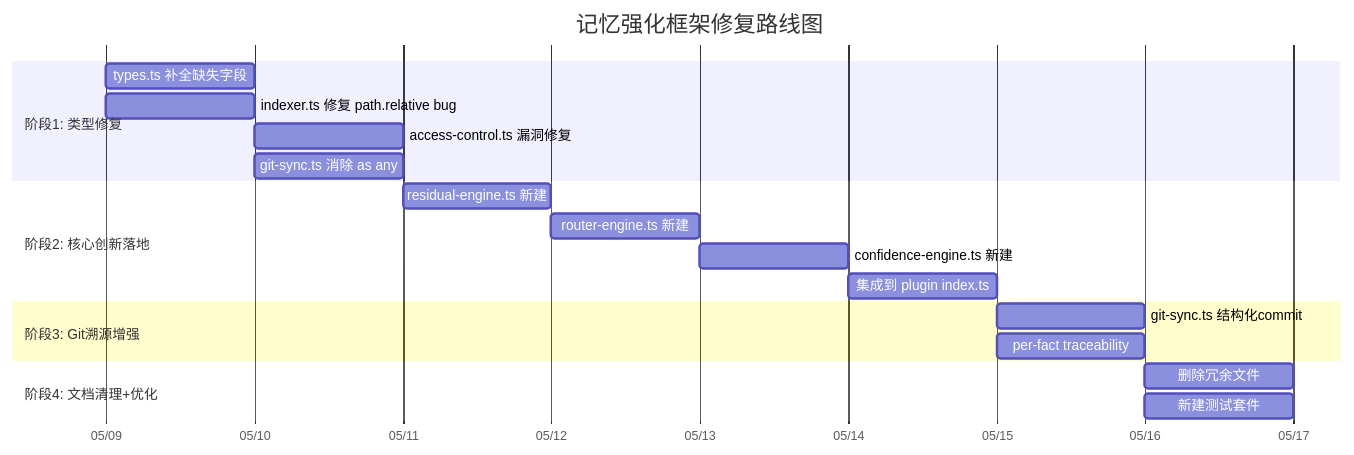
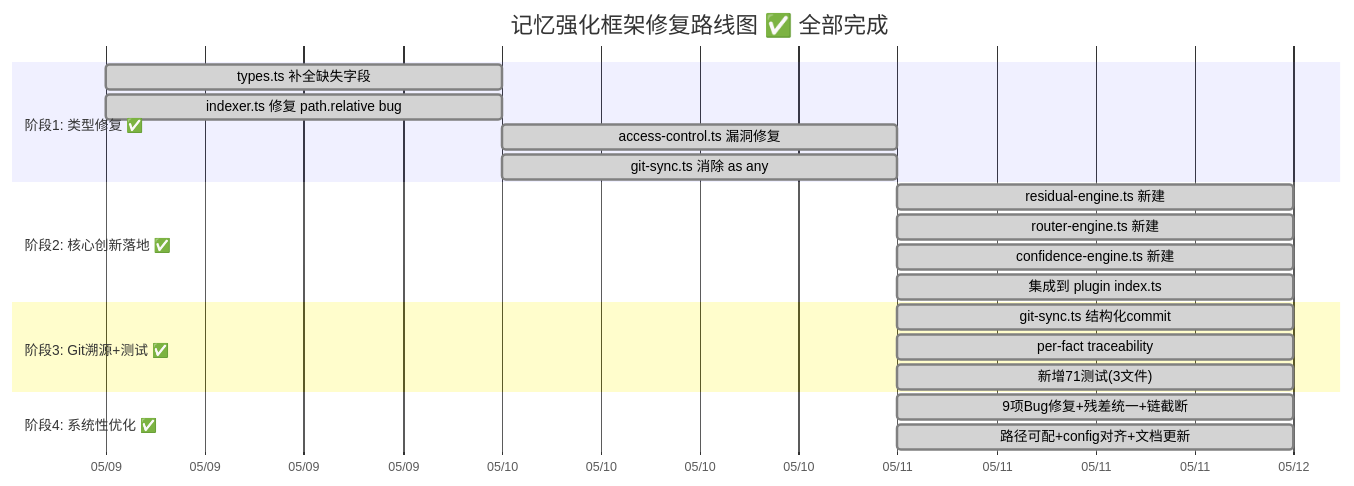
Diagram 25 of 30 in docs/系统设计文档_含Mermaid图表.md (zjdyzww/multi-claw-subagents-memory-plugins), drawn with Mermaid before and after one commit. The commit also changed other lines of this file and 2 other files, not shown here.

````diff
--- a/docs/系统设计文档_含Mermaid图表.md
+++ b/docs/系统设计文档_含Mermaid图表.md
@@ -894,26 +892,27 @@
 ```mermaid
 gantt
-    title 记忆强化框架修复路线图
+    title 记忆强化框架修复路线图 ✅ 全部完成
     dateFormat  YYYY-MM-DD
     axisFormat  %m/%d
 
-    section 阶段1: 类型修复
-    types.ts 补全缺失字段       :p1a, 2026-05-09, 1d
-    indexer.ts 修复 path.relative bug :p1b, 2026-05-09, 0.5d
-    access-control.ts 漏洞修复    :p1c, 2026-05-10, 0.5d
-    git-sync.ts 消除 as any    :p1d, 2026-05-10, 0.5d
+    section 阶段1: 类型修复 ✅
+    types.ts 补全缺失字段       :done, p1a, 2026-05-09, 1d
+    indexer.ts 修复 path.relative bug :done, p1b, 2026-05-09, 0.5d
+    access-control.ts 漏洞修复    :done, p1c, 2026-05-10, 0.5d
+    git-sync.ts 消除 as any    :done, p1d, 2026-05-10, 0.5d
 
-    section 阶段2: 核心创新落地
-    residual-engine.ts  新建     :p2a, 2026-05-11, 1d
-    router-engine.ts    新建     :p2b, 2026-05-12, 1d
-    confidence-engine.ts 新建    :p2c, 2026-05-13, 1d
-    集成到 plugin index.ts       :p2d, 2026-05-14, 1d
+    section 阶段2: 核心创新落地 ✅
+    residual-engine.ts  新建     :done, p2a, 2026-05-11, 1d
+    router-engine.ts    新建     :done, p2b, 2026-05-11, 1d
+    confidence-engine.ts 新建    :done, p2c, 2026-05-11, 1d
+    集成到 plugin index.ts       :done, p2d, 2026-05-11, 1d
 
-    section 阶段3: Git溯源增强
-    git-sync.ts 结构化commit     :p3a, 2026-05-15, 0.5d
-    per-fact traceability       :p3b, 2026-05-15, 0.5d
+    section 阶段3: Git溯源+测试 ✅
+    git-sync.ts 结构化commit     :done, p3a, 2026-05-11, 0.5d
+    per-fact traceability       :done, p3b, 2026-05-11, 0.5d
+    新增71测试(3文件)            :done, p3c, 2026-05-11, 0.5d
 
-    section 阶段4: 文档清理+优化
-    删除冗余文件                  :p4a, 2026-05-16, 0.5d
-    新建测试套件                  :p4b, 2026-05-16, 1d
+    section 阶段4: 系统性优化 ✅
+    9项Bug修复+残差统一+链截断   :done, p4a, 2026-05-11, 1d
+    路径可配+config对齐+文档更新  :done, p4b, 2026-05-11, 0.5d
 ```
````
